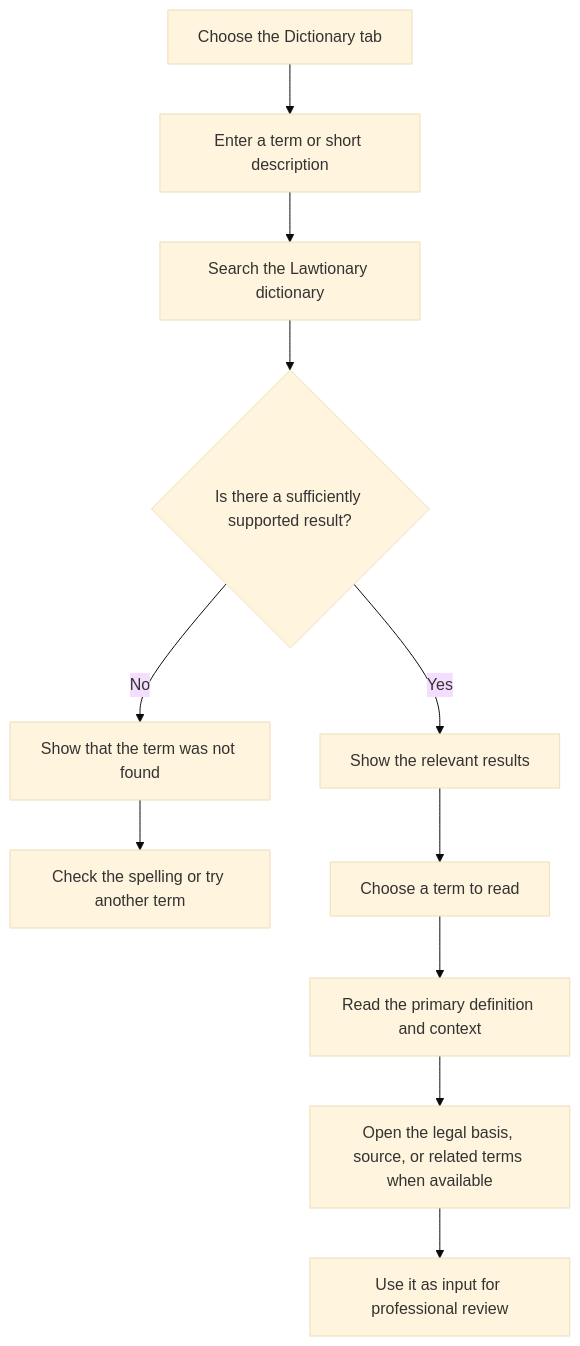
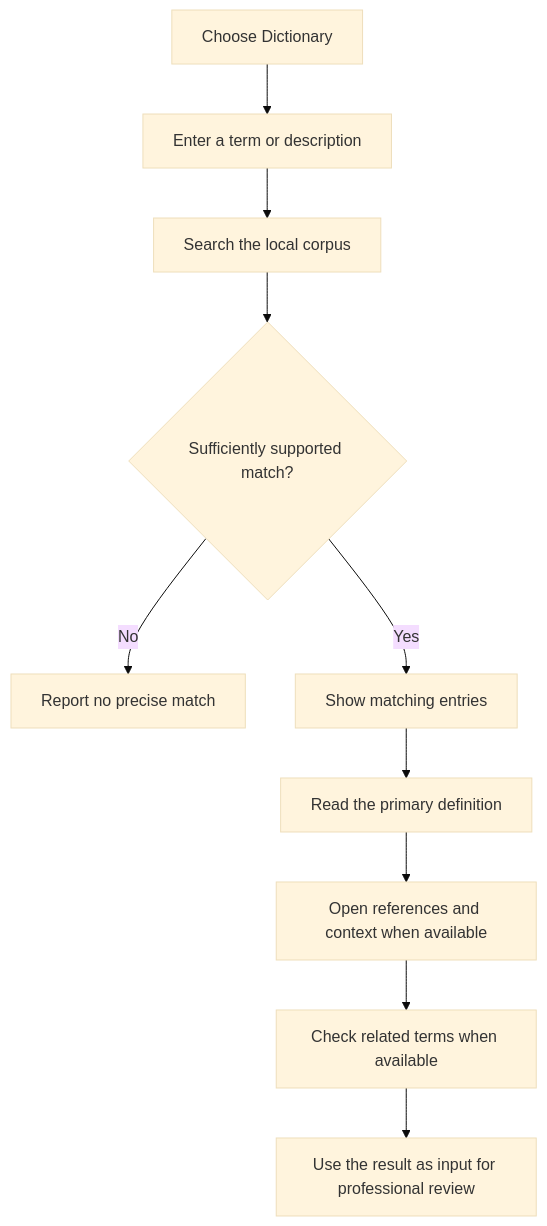
The second of 2 diagrams in README.md (MorpKnight/AMT), drawn with Mermaid (base theme) before and after one commit. The commit also changed other lines of this file, not shown here.

````diff
--- a/README.md
+++ b/README.md
@@ -80,13 +78,12 @@
-~~~mermaid
+```mermaid
 flowchart TD
-    A["Choose the Dictionary tab"] --> B["Enter a term or short description"]
-    B --> C["Search the Lawtionary dictionary"]
-    C --> D{"Is there a sufficiently supported result?"}
-    D -- "No" --> E["Show that the term was not found"]
-    E --> F["Check the spelling or try another term"]
-    D -- "Yes" --> G["Show the relevant results"]
-    G --> H["Choose a term to read"]
-    H --> I["Read the primary definition and context"]
-    I --> J["Open the legal basis, source, or related terms when available"]
-    J --> K["Use it as input for professional review"]
-~~~
+    A[Choose Dictionary] --> B[Enter a term or description]
+    B --> C[Search the local corpus]
+    C --> D{Sufficiently supported match?}
+    D -- No --> E[Report no precise match]
+    D -- Yes --> F[Show matching entries]
+    F --> G[Read the primary definition]
+    G --> H[Open references and context when available]
+    H --> I[Check related terms when available]
+    I --> J[Use the result as input for professional review]
+```
````
